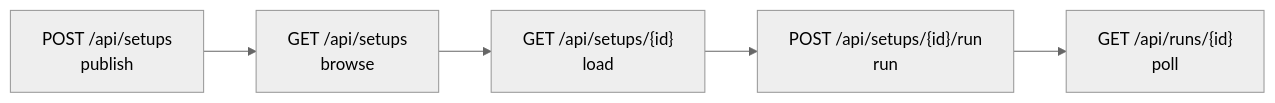
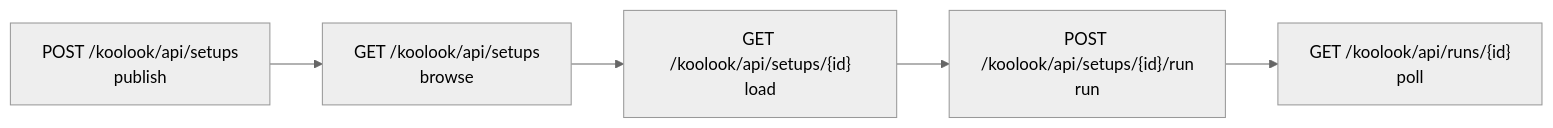
Before and after one commit to malkuthro/ComfyUI-Koolook: the second of 2 diagrams in docs/maintainers/published-setup-loop.md, drawn with Mermaid (neutral theme). The commit also changed other lines of this file, not shown here.

Commit message:
docs(setups): fix publish-run loop references

````diff
--- a/docs/maintainers/published-setup-loop.md
+++ b/docs/maintainers/published-setup-loop.md
@@ -78,7 +78,7 @@
 ```mermaid
 flowchart LR
-  P["POST /api/setups<br/>publish"] --> L["GET /api/setups<br/>browse"]
-  L --> D["GET /api/setups/{id}<br/>load"]
-  D --> R["POST /api/setups/{id}/run<br/>run"]
-  R --> Q["GET /api/runs/{id}<br/>poll"]
+  P["POST /koolook/api/setups<br/>publish"] --> L["GET /koolook/api/setups<br/>browse"]
+  L --> D["GET /koolook/api/setups/{id}<br/>load"]
+  D --> R["POST /koolook/api/setups/{id}/run<br/>run"]
+  R --> Q["GET /koolook/api/runs/{id}<br/>poll"]
 ```
````
